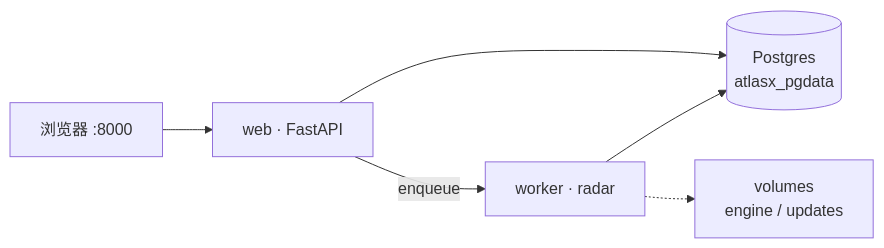
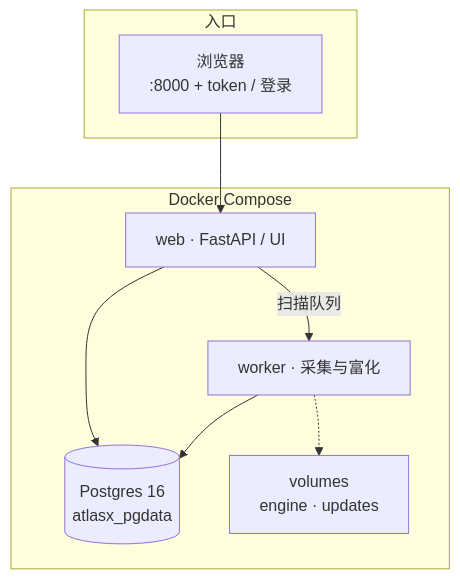
The diagram in README.md (yingfff123/AtlasX), drawn with Mermaid before and after one commit. The commit also changed other lines of this file, not shown here.

````diff
--- a/README.md
+++ b/README.md
@@ -65,8 +116,17 @@
 ```mermaid
-flowchart LR
-  U["浏览器 :8000"] --> W["web · FastAPI"]
-  W --> DB[("Postgres<br/>atlasx_pgdata")]
-  W -->|enqueue| R["worker · radar"]
+flowchart TB
+  subgraph edge["入口"]
+    U["浏览器<br/>:8000 + token / 登录"]
+  end
+  subgraph stack["Docker Compose"]
+    W["web · FastAPI / UI"]
+    R["worker · 采集与富化"]
+    DB[("Postgres 16<br/>atlasx_pgdata")]
+    V["volumes<br/>engine · updates"]
+  end
+  U --> W
+  W --> DB
+  W -->|扫描队列| R
   R --> DB
-  R -.-> V["volumes<br/>engine / updates"]
+  R -.-> V
 ```
````
